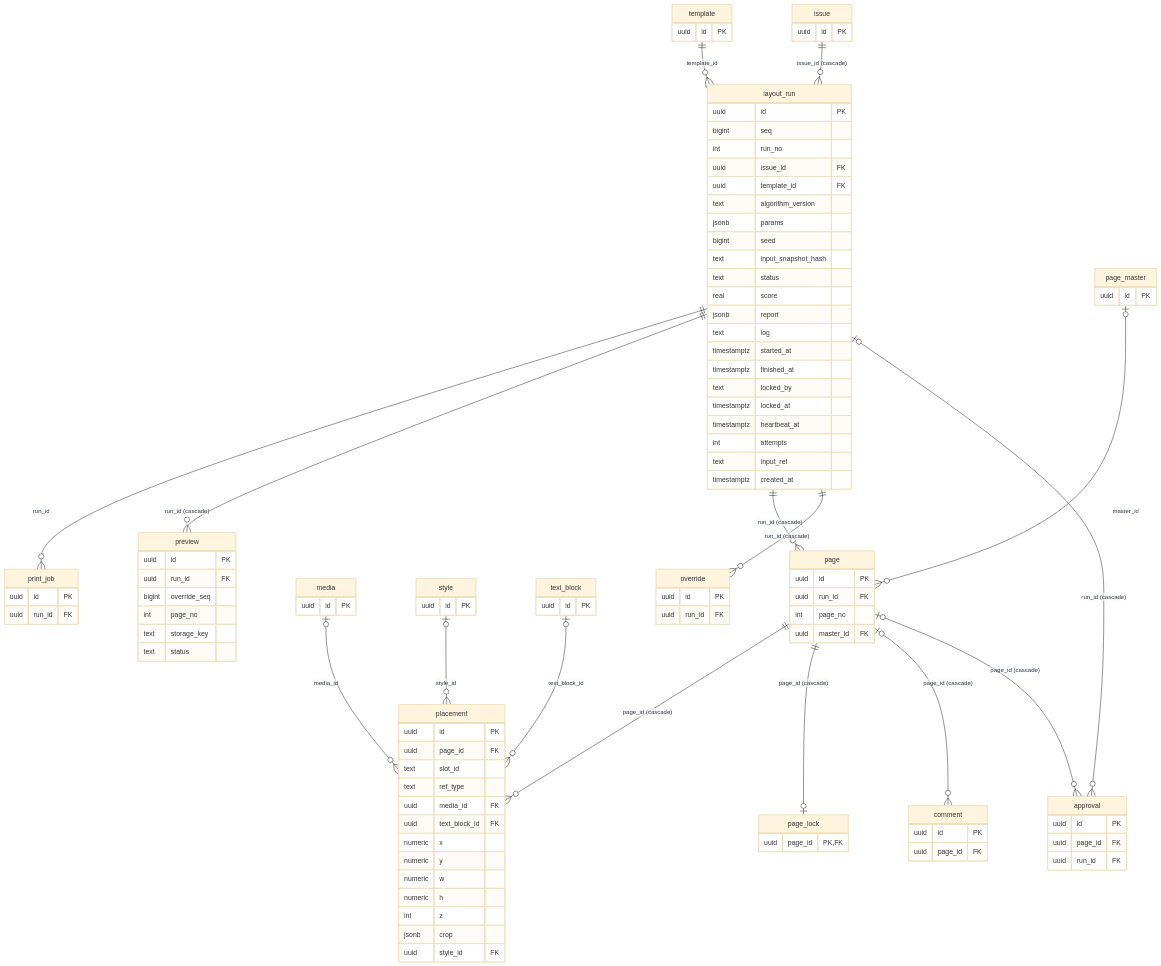
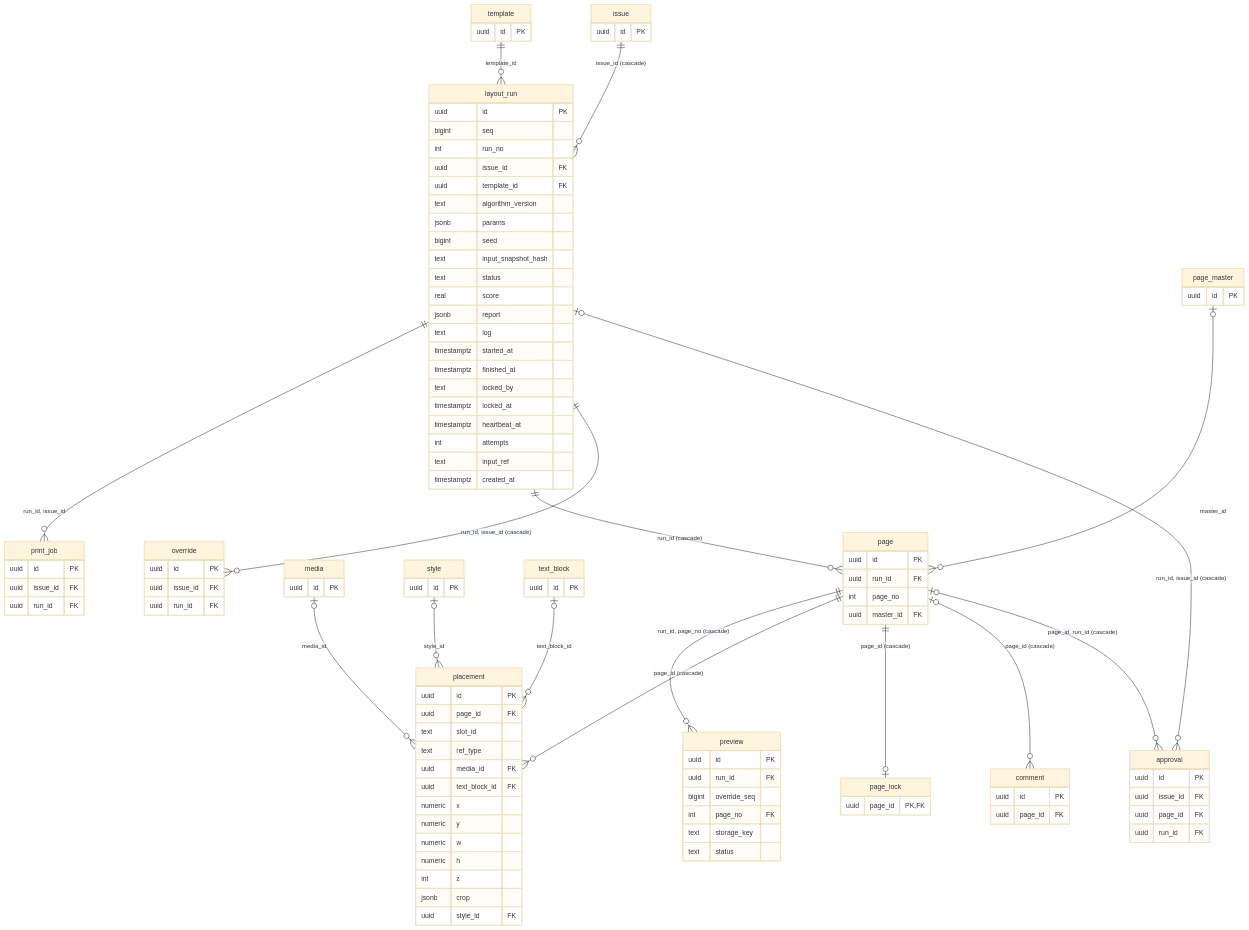
One commit to js1211-code/bogomagazine changed the eighth of 10 diagrams in docs/erd.md. Above: the diagram before and after it, drawn with Mermaid (base theme). The commit also changed other lines of this file and 18 other files, not shown here.

````diff
--- a/docs/erd.md
+++ b/docs/erd.md
@@ -525,11 +527,11 @@
 ```mermaid
 erDiagram
-    "page" |o--o{ "approval" : "page_id (cascade)"
-    "layout_run" |o--o{ "approval" : "run_id (cascade)"
+    "page" |o--o{ "approval" : "page_id, run_id (cascade)"
+    "layout_run" |o--o{ "approval" : "run_id, issue_id (cascade)"
     "page" |o--o{ "comment" : "page_id (cascade)"
     "issue" ||--o{ "layout_run" : "issue_id (cascade)"
     "template" ||--o{ "layout_run" : "template_id"
-    "layout_run" ||--o{ "override" : "run_id (cascade)"
+    "layout_run" ||--o{ "override" : "run_id, issue_id (cascade)"
     "page_master" |o--o{ "page" : "master_id"
     "layout_run" ||--o{ "page" : "run_id (cascade)"
     "page" ||--o| "page_lock" : "page_id (cascade)"
@@ -537,8 +539,8 @@
     "page" ||--o{ "placement" : "page_id (cascade)"
     "style" |o--o{ "placement" : "style_id"
     "text_block" |o--o{ "placement" : "text_block_id"
-    "layout_run" ||--o{ "preview" : "run_id (cascade)"
-    "layout_run" ||--o{ "print_job" : "run_id"
+    "page" ||--o{ "preview" : "run_id, page_no (cascade)"
+    "layout_run" ||--o{ "print_job" : "run_id, issue_id"
     "layout_run" {
         uuid id PK
         bigint seq
@@ -587,12 +589,13 @@
         uuid id PK
         uuid run_id FK
         bigint override_seq
-        int page_no
+        int page_no FK
         text storage_key
         text status
     }
     "approval" {
         uuid id PK
+        uuid issue_id FK
         uuid page_id FK
         uuid run_id FK
     }
@@ -608,6 +611,7 @@
     }
     "override" {
         uuid id PK
+        uuid issue_id FK
         uuid run_id FK
     }
     "page_lock" {
@@ -618,6 +622,7 @@
     }
     "print_job" {
         uuid id PK
+        uuid issue_id FK
         uuid run_id FK
     }
     "style" {
````
